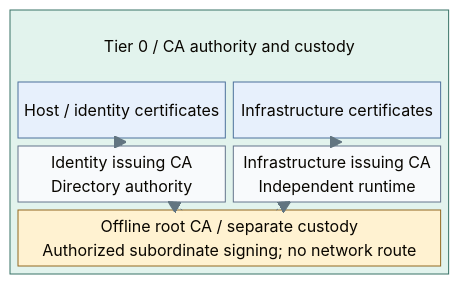
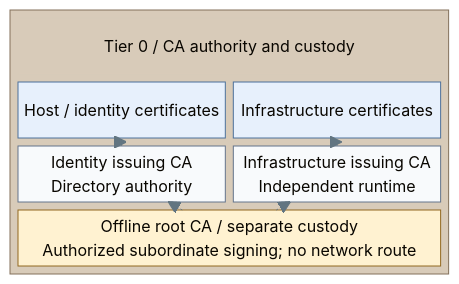
One commit to Rexus/homelab changed the first of 3 diagrams in docs/01-architecture/08-cryptography/01-certificate-authority.md. Above: the diagram before and after it, drawn with Mermaid. The commit also changed other lines of this file and 108 other files, not shown here.

Commit message:
docs(diagrams): unify visual language and opening views

````diff
--- a/docs/01-architecture/08-cryptography/01-certificate-authority.md
+++ b/docs/01-architecture/08-cryptography/01-certificate-authority.md
@@ -14,27 +14,29 @@
 ```mermaid
 %%{init: {"theme":"base","flowchart":{"nodeSpacing":20,"rankSpacing":24,"padding":12,"subGraphTitleMargin":{"top":4,"bottom":12}},"themeVariables":{"lineColor":"#627581","edgeLabelBackground":"#f8fafc"}}}%%
 block-beta
   columns 1
   block:T0
     columns 2
     T0Title["Tier 0 / CA authority and custody"]:2
     Hosts["Host / identity certificates"]
     Services["Infrastructure certificates"]
     Identity["Identity issuing CA<br/>Directory authority"]
     Infrastructure["Infrastructure issuing CA<br/>Independent runtime"]
     Root["Offline root CA / separate custody<br/>Authorized subordinate signing; no network route"]:2
   end
   Infrastructure --> Services
   Identity --> Hosts
   Root -.-> Infrastructure
   Root -.-> Identity
   classDef default fill:#f8fafc,stroke:#64748b,color:#1f2937
   classDef control fill:#e2f3ed,stroke:#397366,color:#173f36
   classDef controlHeading fill:#e2f3ed,stroke:#e2f3ed,color:#173f36
   classDef custody fill:#fff2d1,stroke:#926820,color:#584013
   classDef services fill:#e7f0fc,stroke:#4d719b,color:#203a5b
-  class T0 control
-  class T0Title controlHeading
   class Root custody
   class Services,Hosts services
+  classDef tier0 fill:#d8cbb9,stroke:#83715a,color:#352a1e
+  class T0 tier0
+  classDef tier0Heading fill:#d8cbb9,stroke:#d8cbb9,color:#352a1e
+  class T0Title tier0Heading
 ```
````
